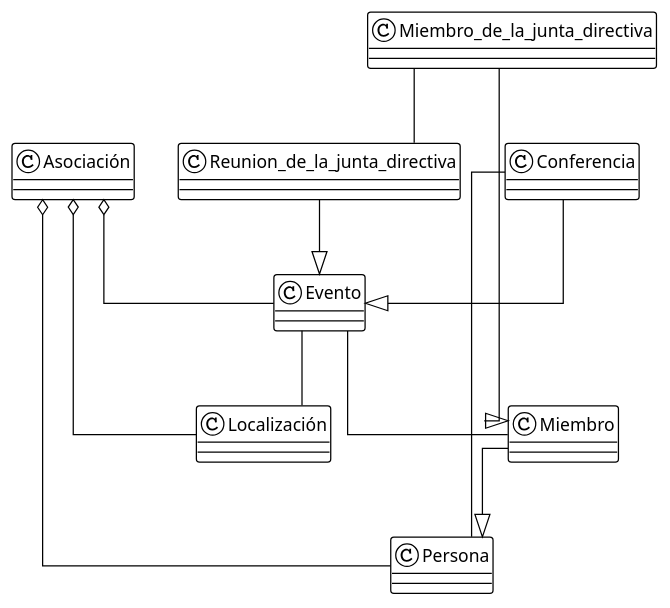
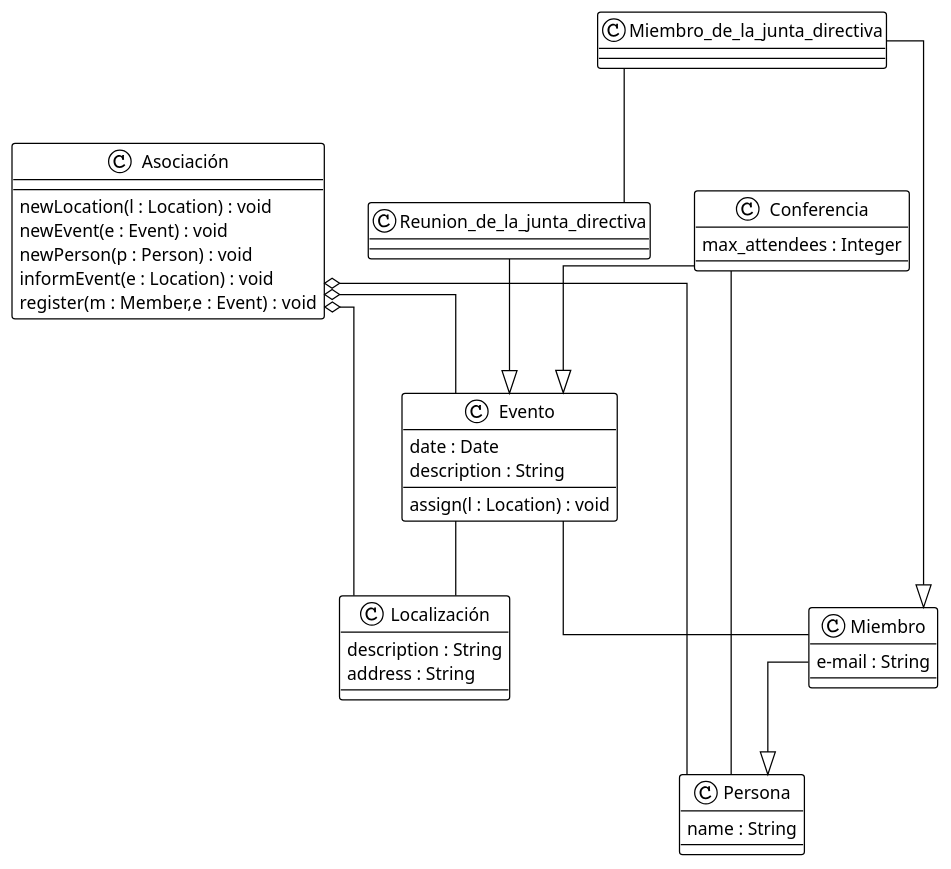
Before and after one commit to Ivandorum/UMLClasesIvan: the diagram in src/IvanUML.puml, drawn with PlantUML. The commit also changed 1 other file, not shown here.

```diff
--- a/src/IvanUML.puml
+++ b/src/IvanUML.puml
@@ -1,31 +1,50 @@
 @startuml
 
 !theme plain
 top to bottom direction
 skinparam linetype ortho
 
-class Asociación
-class Conferencia
-class Evento
-class Localización
-class Miembro
+class Asociación {
+    newLocation(l : Location) : void
+    newEvent(e : Event) : void
+    newPerson(p : Person) : void
+    informEvent(e : Location) : void
+    register(m : Member,e : Event) : void
+}
+class Localización {
+    description : String
+    address : String
+}
+class Evento {
+    date : Date
+    description : String
+    assign(l : Location) : void
+}
+class Conferencia {
+    max_attendees : Integer
+}
+class Persona {
+    name : String
+}
+class Miembro {
+    e-mail : String
+}
 class Miembro_de_la_junta_directiva
-class Persona
 class Reunion_de_la_junta_directiva
 
 Conferencia                    --^  Evento
 Reunion_de_la_junta_directiva  --^  Evento
 
 Miembro                        --^  Persona
 Miembro_de_la_junta_directiva  --^  Miembro
 
 Asociación o--  Localización
 Asociación o--  Evento
 Asociación o--  Persona
 
 Conferencia  --  Persona
 Evento  --  Miembro
 Evento  --  Localización
 Miembro_de_la_junta_directiva --  Reunion_de_la_junta_directiva
 
 @enduml
```
